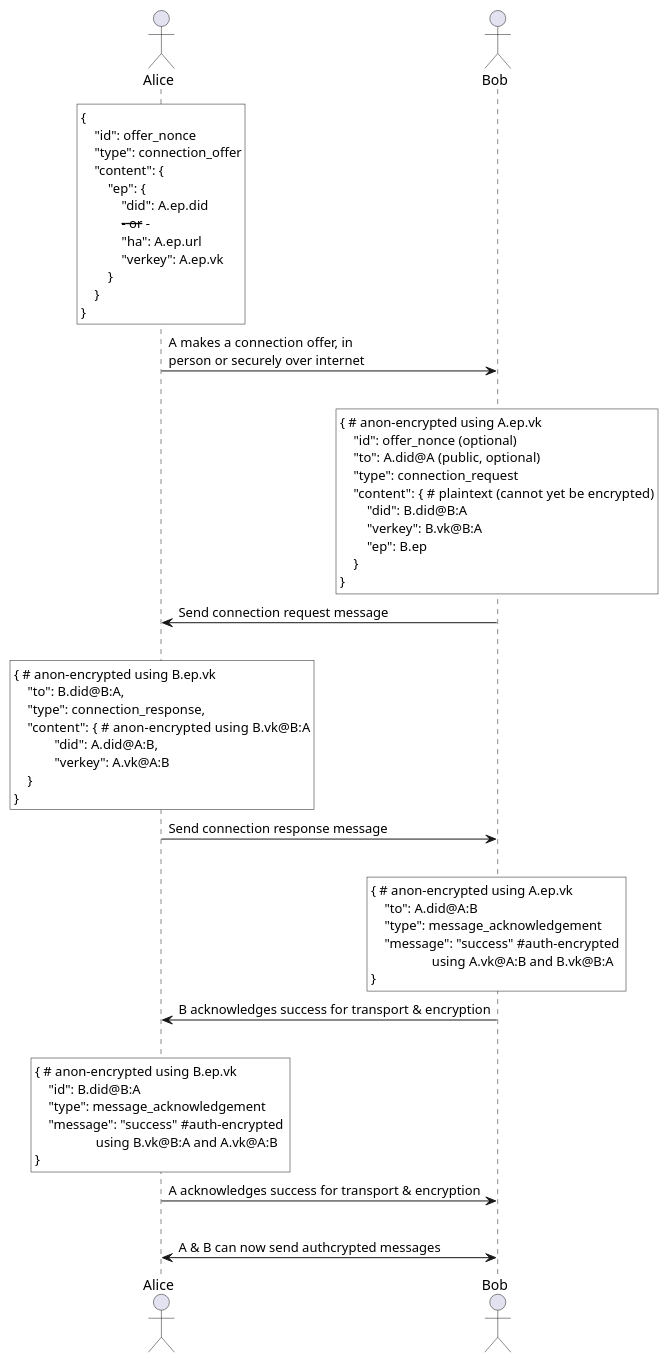
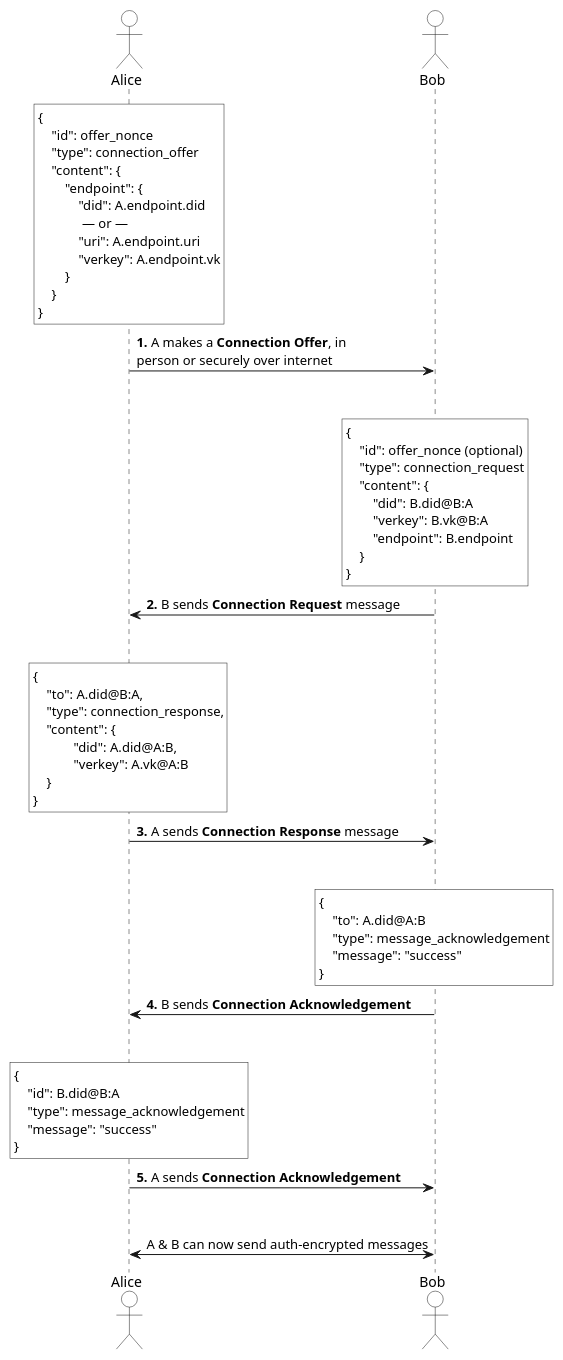
One commit to hyperledger/indy-hipe changed the diagram in text/connection-protocol/establishing_connection.puml. Above: the diagram before and after it, drawn with PlantUML. The commit also changed 1 other file, not shown here.

```diff
--- a/text/connection-protocol/establishing_connection.puml
+++ b/text/connection-protocol/establishing_connection.puml
@@ -1,86 +1,88 @@
 @startuml
 
-actor Alice as A
-actor Bob as B
+actor Alice as A #white
+actor Bob as B #white
+
+'1. Connection Offer
 
 rnote over A #white
 {
     "id": offer_nonce
     "type": connection_offer
     "content": {
-        "ep": {
-            "did": A.ep.did
-            --- or ---
-            "ha": A.ep.url  
-            "verkey": A.ep.vk 
+        "endpoint": {
+            "did": A.endpoint.did
+             — or —
+            "uri": A.endpoint.uri
+            "verkey": A.endpoint.vk
         }
     }
 }
 end note
 
-
-A -> B: A makes a connection offer, in\nperson or securely over internet
-|||
+A -> B: **1.** A makes a **Connection Offer**, in\nperson or securely over internet
+||35||
 
 
+'2. Connection Request
 rnote over B #white
-{ # anon-encrypted using A.ep.vk
+{
     "id": offer_nonce (optional)
-    "to": A.did@A (public, optional)
     "type": connection_request
-    "content": {  # plaintext (cannot yet be encrypted)
+    "content": {
         "did": B.did@B:A
         "verkey": B.vk@B:A
-        "ep": B.ep
+        "endpoint": B.endpoint
     }
 }
 end note
 
+B -> A: **2.** B sends **Connection Request** message
+||35||
 
-B -> A: Send connection request message
-|||
 
+'3. Connection Response
 rnote over A #white
-{ # anon-encrypted using B.ep.vk
-    "to": B.did@B:A,
+{
+    "to": A.did@B:A,
     "type": connection_response,
-    "content": {  # anon-encrypted using B.vk@B:A
+    "content": {
             "did": A.did@A:B,
             "verkey": A.vk@A:B
     }
 }
 end note
 
+A -> B: **3.** A sends **Connection Response** message
+||35||
 
-A -> B: Send connection response message
-|||
 
+'4. Bob's Acknowledgement
 rnote over B #white
-{ # anon-encrypted using A.ep.vk
+{
     "to": A.did@A:B
     "type": message_acknowledgement
-    "message": "success" #auth-encrypted 
-                  using A.vk@A:B and B.vk@B:A
+    "message": "success"
 }
 end note
 
+B -> A: **4.** B sends **Connection Acknowledgement** 
+||35||
 
-B -> A: B acknowledges success for transport & encryption 
-|||
 
+'5. Alice's Acknowledgement
 rnote over A #white
-{ # anon-encrypted using B.ep.vk
+{
     "id": B.did@B:A
     "type": message_acknowledgement
-    "message": "success" #auth-encrypted 
-                  using B.vk@B:A and A.vk@A:B
+    "message": "success"
 }
 end note
 
+A -> B: **5.** A sends **Connection Acknowledgement** 
+||35||
 
-A -> B: A acknowledges success for transport & encryption 
-|||
 
-A <-> B: A & B can now send authcrypted messages
+A <-> B: A & B can now send auth-encrypted messages
 
 @enduml
```
